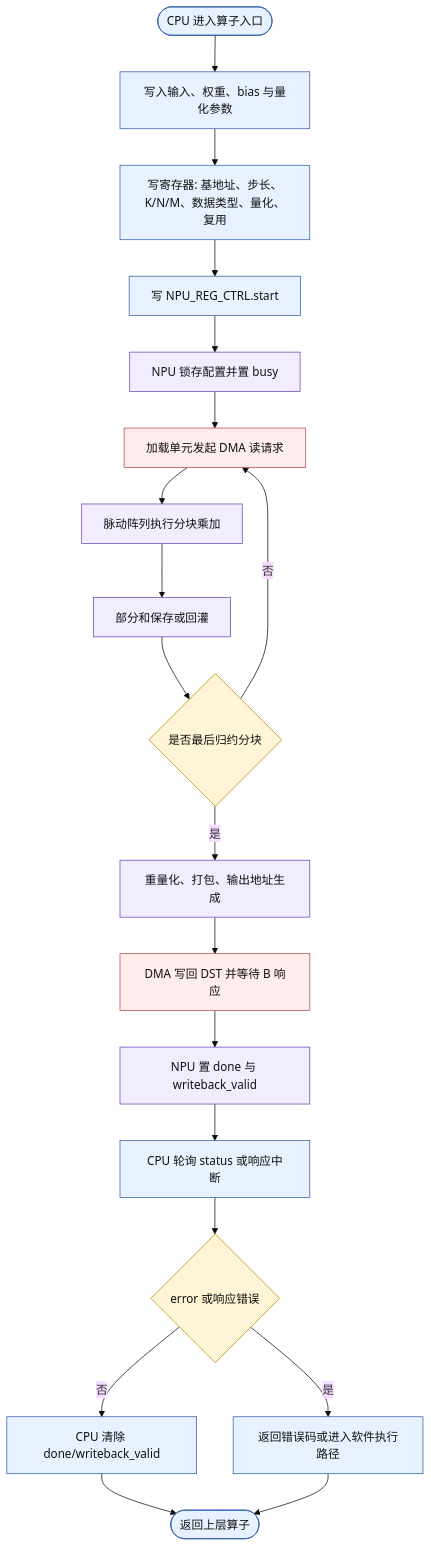
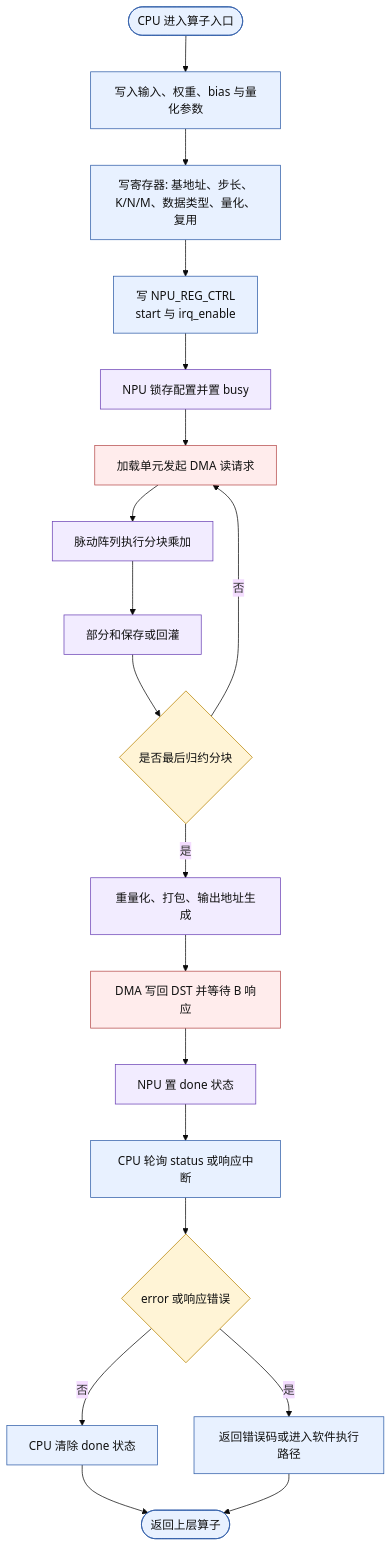
One commit to EE-noob/aiEngine_integrated changed the diagram in veri/doc/original_docx_report_md/report_figures/mermaid/fig04_cpu_npu_flow.mmd. Above: the diagram before and after it, drawn with Mermaid (base theme). The commit also changed 47 other files, not shown here.

```diff
--- a/veri/doc/original_docx_report_md/report_figures/mermaid/fig04_cpu_npu_flow.mmd
+++ b/veri/doc/original_docx_report_md/report_figures/mermaid/fig04_cpu_npu_flow.mmd
@@ -1,33 +1,33 @@
 flowchart TD
     S([CPU 进入算子入口])
     PREP[写入输入、权重、bias 与量化参数]
     REG0[写寄存器: 基地址、步长、K/N/M、数据类型、量化、复用]
-    START[写 NPU_REG_CTRL.start]
+    START[写 NPU_REG_CTRL<br/>start 与 irq_enable]
     LATCH[NPU 锁存配置并置 busy]
     LOAD[加载单元发起 DMA 读请求]
     COMPUTE[脉动阵列执行分块乘加]
     PS[部分和保存或回灌]
     FINAL{是否最后归约分块}
     REQ[重量化、打包、输出地址生成]
     WRITE[DMA 写回 DST 并等待 B 响应]
-    DONE[NPU 置 done 与 writeback_valid]
+    DONE[NPU 置 done 状态]
     POLL[CPU 轮询 status 或响应中断]
-    CLR[CPU 清除 done/writeback_valid]
+    CLR[CPU 清除 done 状态]
     END([返回上层算子])
     ERR{error 或响应错误}
     FALLBACK[返回错误码或进入软件执行路径]
 
     S --> PREP --> REG0 --> START --> LATCH --> LOAD --> COMPUTE --> PS --> FINAL
     FINAL -- 否 --> LOAD
     FINAL -- 是 --> REQ --> WRITE --> DONE --> POLL --> ERR
     ERR -- 否 --> CLR --> END
     ERR -- 是 --> FALLBACK --> END
 
     classDef cpu fill:#E8F1FF,stroke:#2F5DA8,stroke-width:1px,color:#111;
     classDef npu fill:#F2ECFF,stroke:#6C43B6,stroke-width:1px,color:#111;
     classDef dma fill:#FFECEC,stroke:#B64B4B,stroke-width:1px,color:#111;
     classDef decision fill:#FFF4D6,stroke:#B88300,stroke-width:1px,color:#111;
     class S,PREP,REG0,START,POLL,CLR,END,FALLBACK cpu;
     class LATCH,COMPUTE,PS,REQ,DONE npu;
     class LOAD,WRITE dma;
     class FINAL,ERR decision;
```
